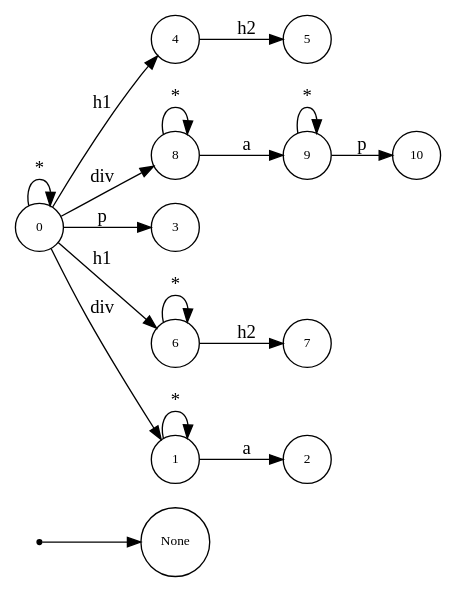
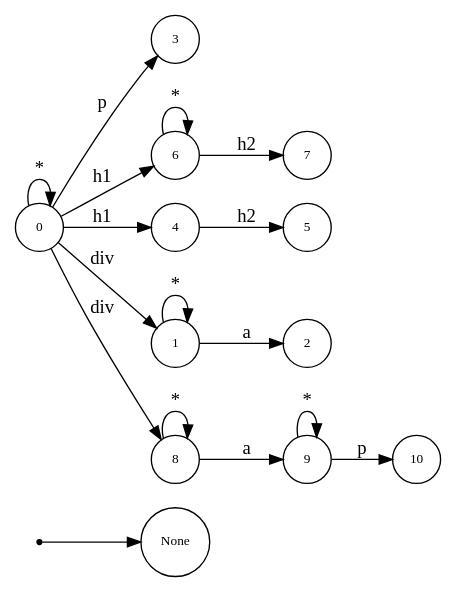
Before and after one commit to asukaminato0721/css-bitvector-compiler: the diagram in dot.dot, drawn with Graphviz. The commit also changed other lines of this file and 39 other files, not shown here.

```diff
--- a/dot.dot
+++ b/dot.dot
@@ -1,33 +1,33 @@
 digraph NFA {
   rankdir=LR;
   node [shape=circle, fontsize=10];
   __start [shape=point, label=""];
   __start -> None;
-  4 [label="4"];
-  7 [label="7"];
   9 [label="9"];
-  8 [label="8"];
+  2 [label="2"];
   3 [label="3"];
   5 [label="5"];
+  7 [label="7"];
+  6 [label="6"];
+  4 [label="4"];
+  0 [label="0"];
+  1 [label="1"];
+  8 [label="8"];
   10 [label="10"];
-  0 [label="0"];
-  6 [label="6"];
-  2 [label="2"];
-  1 [label="1"];
   { node [shape=doublecircle]; 2 3 5 7 10 }
   0 -> 0 [label="*"];
   0 -> 1 [label="div"];
   1 -> 1 [label="*"];
   1 -> 2 [label="a"];
   0 -> 3 [label="p"];
   0 -> 4 [label="h1"];
   4 -> 5 [label="h2"];
   0 -> 6 [label="h1"];
   6 -> 6 [label="*"];
   6 -> 7 [label="h2"];
   0 -> 8 [label="div"];
   8 -> 8 [label="*"];
   8 -> 9 [label="a"];
   9 -> 9 [label="*"];
   9 -> 10 [label="p"];
 }
```
